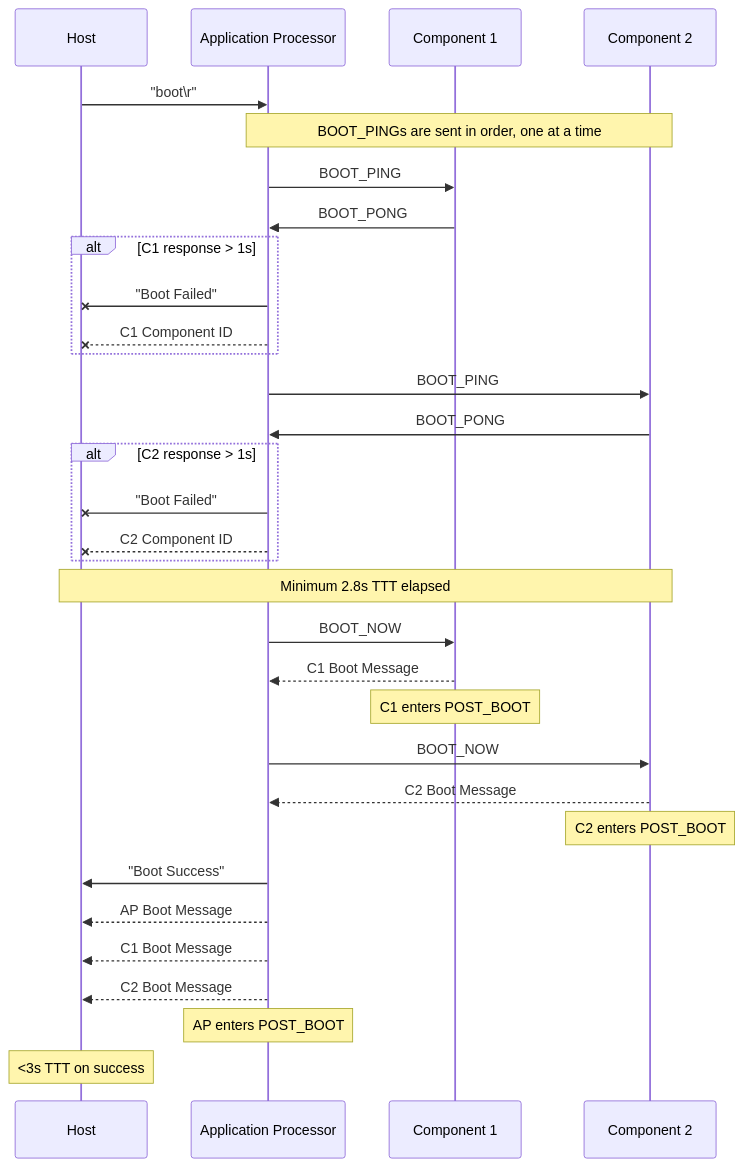
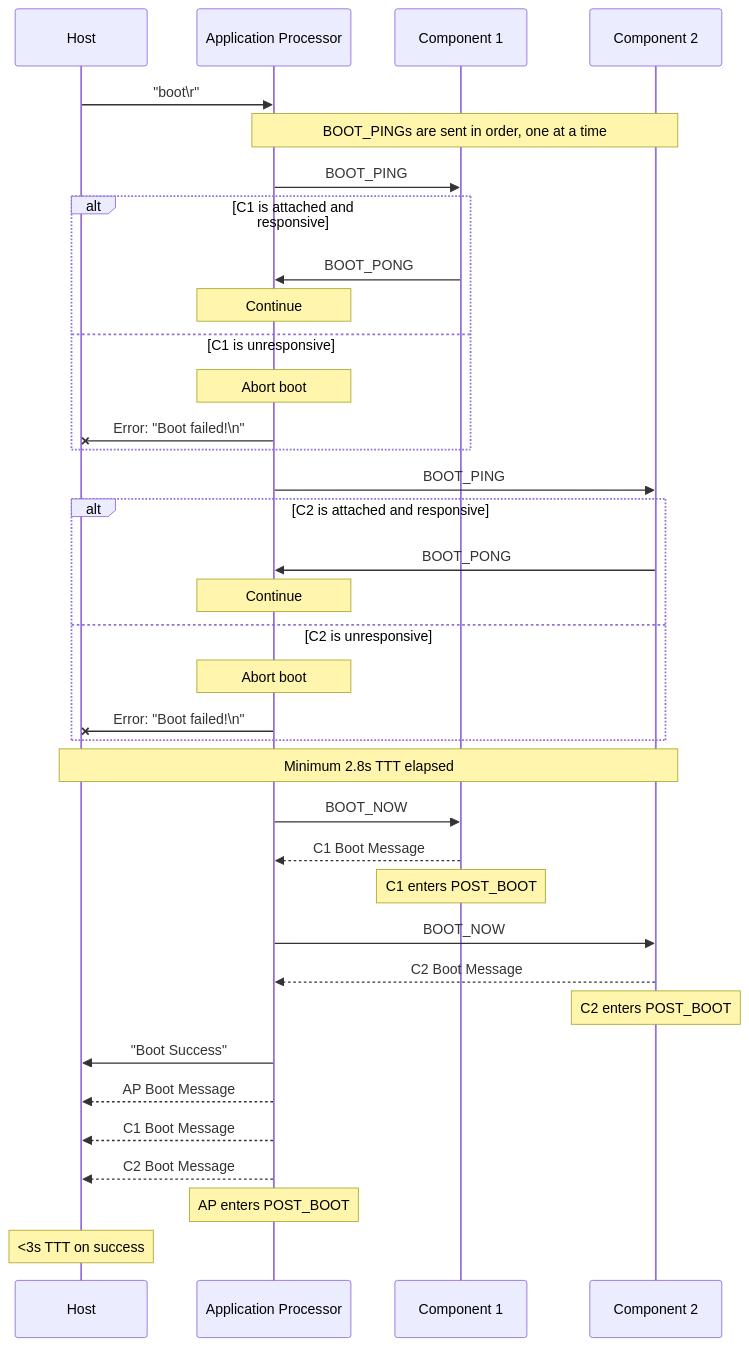
Before and after one commit to sigpwny/2024-ectf-uiuc: the fourth of 4 diagrams in docs/misc_protocol.md, drawn with Mermaid.

Commit message:
Remove timing delay from boot verification

````diff
--- a/docs/misc_protocol.md
+++ b/docs/misc_protocol.md
@@ -165,34 +165,38 @@
 ```mermaid
 sequenceDiagram
   participant H as Host
   participant AP as Application Processor
   participant C1 as Component 1
   participant C2 as Component 2
   H ->> AP: "boot\r"
   Note over AP, C2: BOOT_PINGs are sent in order, one at a time
   AP ->> C1: BOOT_PING
-  C1 ->> AP: BOOT_PONG
-  alt C1 response > 1s
-    AP -x H: "Boot Failed"
-    AP --x H: C1 Component ID
+    alt C1 is attached and responsive
+    C1 ->> AP: BOOT_PONG
+    Note over AP: Continue
+  else C1 is unresponsive
+    Note over AP: Abort boot
+    AP -x H: Error: "Boot failed!\n"
   end
   AP ->> C2: BOOT_PING
-  C2 ->> AP: BOOT_PONG
-  alt C2 response > 1s
-    AP -x H: "Boot Failed"
-    AP --x H: C2 Component ID
+  alt C2 is attached and responsive
+    C2 ->> AP: BOOT_PONG
+    Note over AP: Continue
+  else C2 is unresponsive
+    Note over AP: Abort boot
+    AP -x H: Error: "Boot failed!\n"
   end
   Note over H, C2: Minimum 2.8s TTT elapsed
   AP ->> C1: BOOT_NOW
   C1 -->> AP: C1 Boot Message
   Note over C1: C1 enters POST_BOOT
   AP ->> C2: BOOT_NOW
   C2 -->> AP: C2 Boot Message
   Note over C2: C2 enters POST_BOOT
   AP ->> H: "Boot Success"
   AP -->> H: AP Boot Message
   AP -->> H: C1 Boot Message
   AP -->> H: C2 Boot Message
   Note over AP: AP enters POST_BOOT
   Note over H: <3s TTT on success
 ```
````
